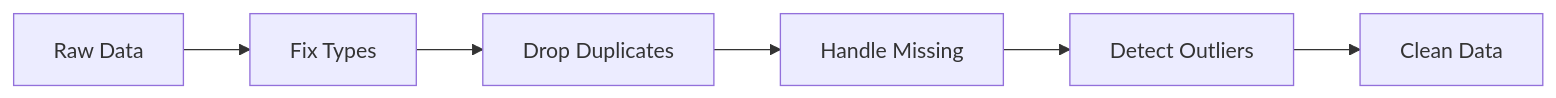
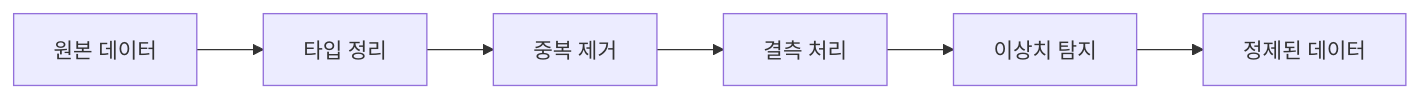
One commit to yeongseon-books/book-content changed the diagram in content/data-science-101/ko/04-data-cleaning.md. Above: the diagram before and after it, drawn with Mermaid. The commit also changed other lines of this file and 9 other files, not shown here.

````diff
--- a/content/data-science-101/ko/04-data-cleaning.md
+++ b/content/data-science-101/ko/04-data-cleaning.md
@@ -35,8 +47,8 @@
 ```mermaid
 flowchart LR
-    Raw["Raw Data"] --> Type["Fix Types"]
-    Type --> Dup["Drop Duplicates"]
-    Dup --> Null["Handle Missing"]
-    Null --> Out["Detect Outliers"]
-    Out --> Clean["Clean Data"]
+    Raw["원본 데이터"] --> Type["타입 정리"]
+    Type --> Dup["중복 제거"]
+    Dup --> Null["결측 처리"]
+    Null --> Out["이상치 탐지"]
+    Out --> Clean["정제된 데이터"]
 ```
````
